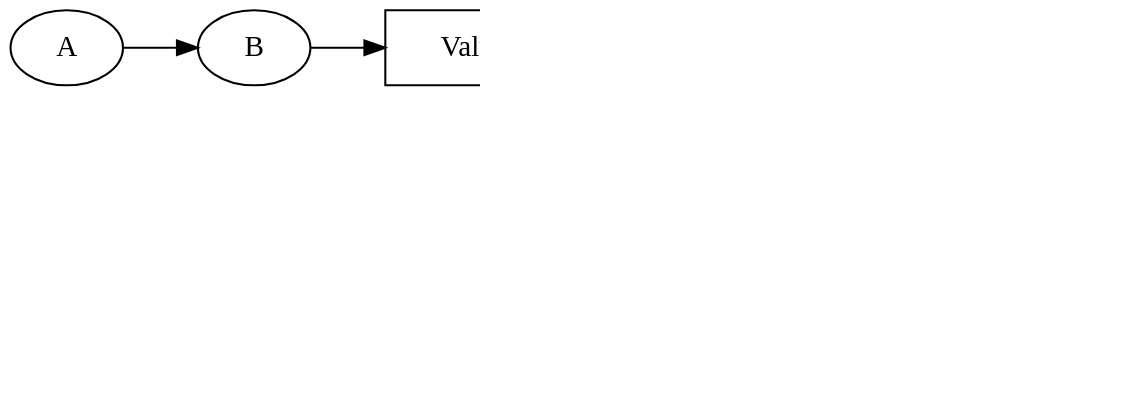
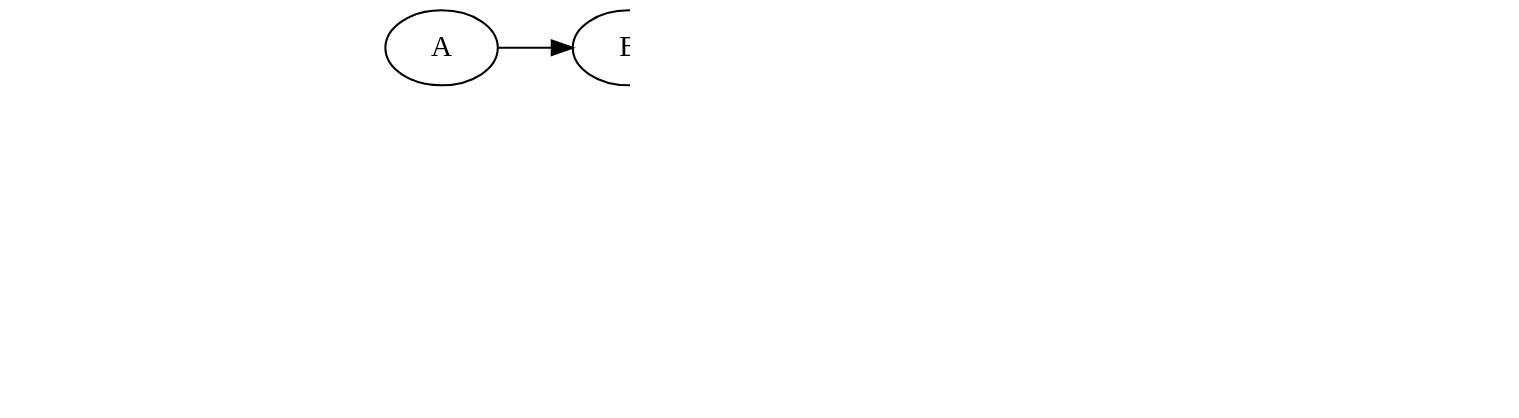
One commit to inponomarev/kstreams-testing-pitfalls changed diagram 22 of 26 in slides/src/main/asciidoc/lecture.adoc. Above: the diagram before and after it, drawn with Graphviz. The commit also changed other lines of this file, not shown here.

```diff
--- a/slides/src/main/asciidoc/lecture.adoc
+++ b/slides/src/main/asciidoc/lecture.adoc
@@ -943,32 +1004,37 @@
 [graphviz,"transformer4.png"]
 ----
 digraph G {
 graph [ dpi = 180 ];
 rankdir="LR";
 
 A1[label="A"];
 B1[label="B"];
 A2[label="A"];
 B2[label="B"];
 
 A1 -> B1 -> Transformer -> B2 -> A2;
 
 Transformer[shape=box,label="ValueTransformerWithKey"];
 
 Transformer -> Cache;
 
 Cache[shape=box,label=<<table cellspacing="5" cellborder="0"  border="0">
         <tr><td colspan="2">Cache</td></tr>
         <tr><td>A</td><vr/><td>A</td></tr>
         <tr><td>B</td><vr/><td>B</td></tr>
         </table>>]
 Store[shape=cylinder,label=<<table cellspacing="5" cellborder="0"  border="0">
         <tr><td colspan="2">Local Store</td></tr>
         <tr><td> </td><td> </td></tr>
         </table>>];
         
 Cache -> Store;
 
 {rank = same; Transformer; Store; Cache; }
+
+#Padding with invisible elements
+P1 -> P2-> A1[style="invis"];
+P1[label="A", style="invis"];
+P2[label="A", style="invis"];
 }
 ----
```
